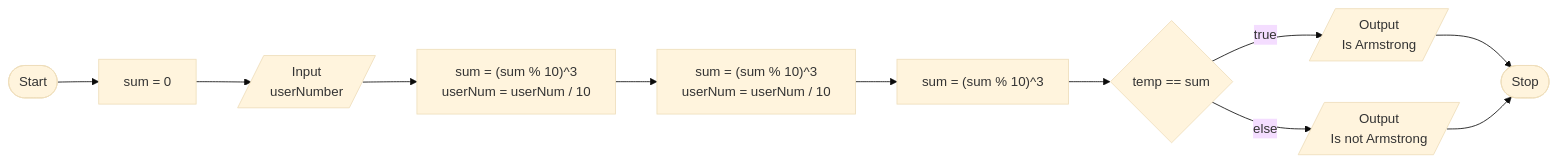
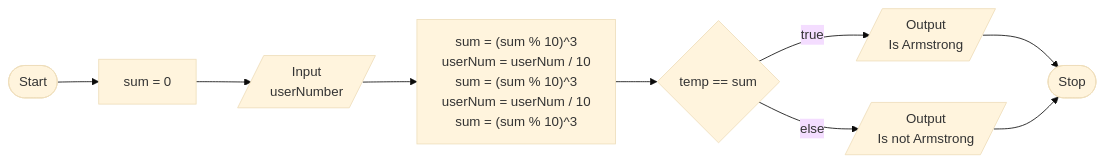
The diagram in Exercise 7/README.md (Tehgonk/Week-2), drawn with Mermaid (base theme) before and after one commit.

````diff
--- a/Exercise 7/README.md
+++ b/Exercise 7/README.md
@@ -15,12 +15,10 @@
 ```mermaid
 flowchart LR
 
 STA([Start]) --> PRO1[sum = 0]
 PRO1 --> IN[/Input<br>userNumber/]
-IN --> PRO2["sum = (sum % 10)^3<br>userNum = userNum / 10"]
-PRO2 --> PRO3["sum = (sum % 10)^3<br>userNum = userNum / 10"]
-PRO3 --> PRO4["sum = (sum % 10)^3"]
-PRO4 --> IF{temp == sum} -->|true| OUT1[/Output<br>Is Armstrong/] --> STO([Stop])
+IN --> PRO2["sum = (sum % 10)^3<br>userNum = userNum / 10<br>sum = (sum % 10)^3<br>userNum = userNum / 10<br>sum = (sum % 10)^3"]
+PRO2 --> IF{temp == sum} -->|true| OUT1[/Output<br>Is Armstrong/] --> STO([Stop])
 IF -->|else| OUT2[/Output<br>Is not Armstrong/] --> STO
 
 ```
````
